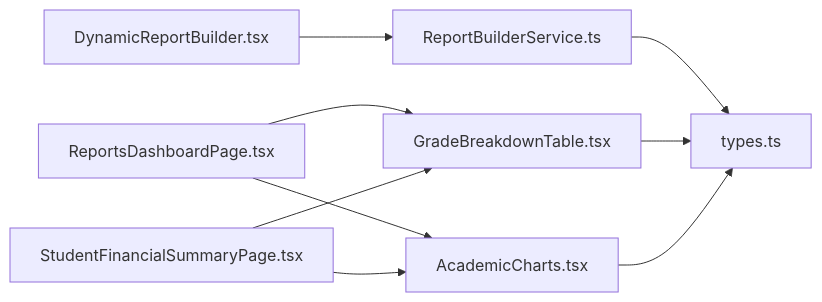
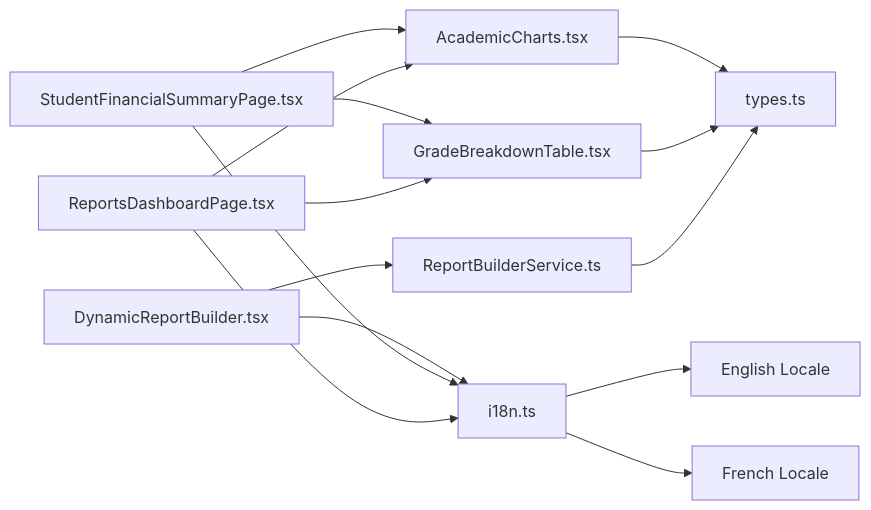
Before and after one commit to geniusdynamics/schoolpilot: the tenth of 10 diagrams in .qoder/repowiki/en/content/Modules System/Reports Module.md, drawn with Mermaid. The commit also changed other lines of this file and 16 other files, not shown here.

````diff
--- a/.qoder/repowiki/en/content/Modules System/Reports Module.md
+++ b/.qoder/repowiki/en/content/Modules System/Reports Module.md
@@ -327,11 +388,16 @@
 ```mermaid
 graph LR
 RDP["ReportsDashboardPage.tsx"] --> GBT["GradeBreakdownTable.tsx"]
 RDP --> AC["AcademicCharts.tsx"]
 SFP["StudentFinancialSummaryPage.tsx"] --> GBT
 SFP --> AC
 DRB["DynamicReportBuilder.tsx"] --> RBS["ReportBuilderService.ts"]
 RBS --> TYP["types.ts"]
 GBT --> TYP
 AC --> TYP
+I18N["i18n.ts"] --> EN["English Locale"]
+I18N --> FR["French Locale"]
+RDP --> I18N
+SFP --> I18N
+DRB --> I18N
 ```
````
